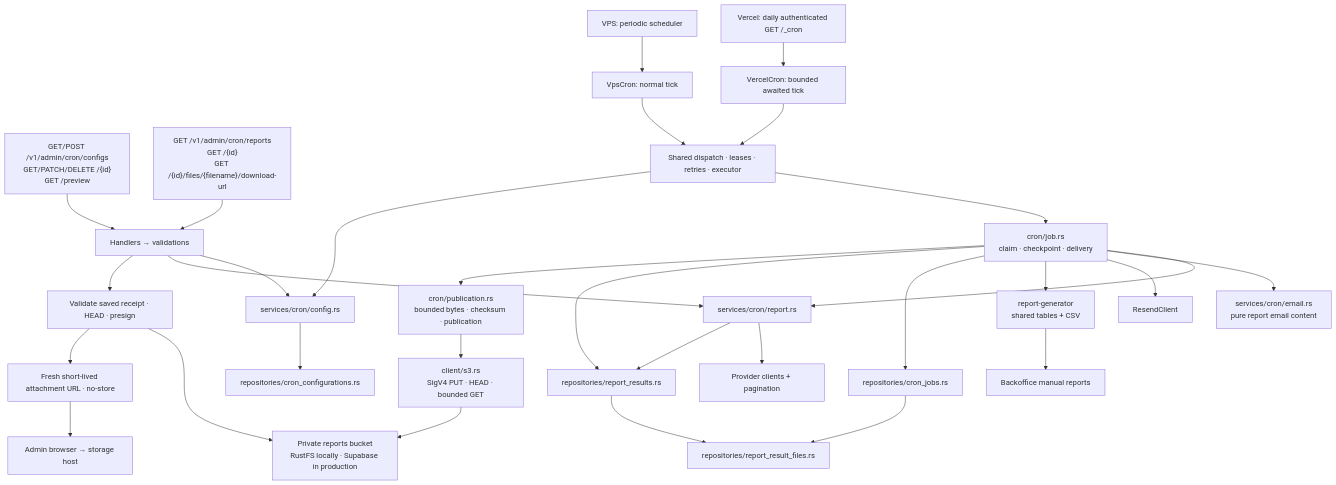
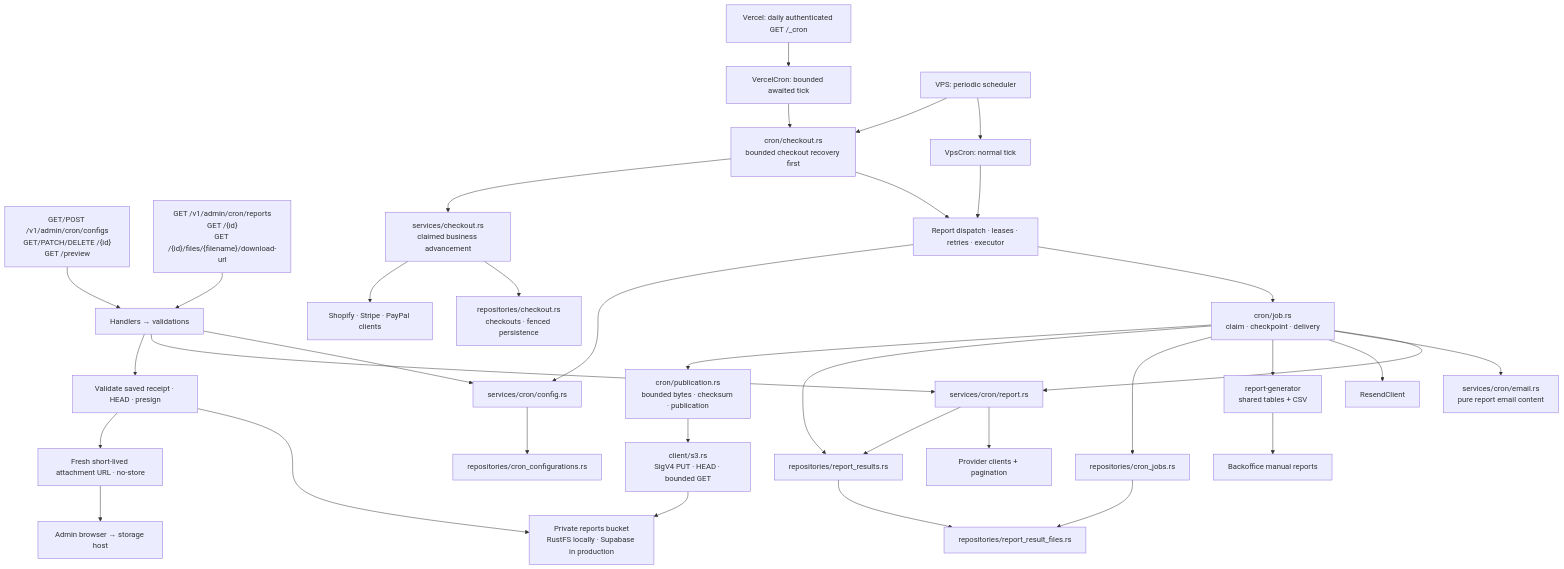
One commit to enzumeii/monolith changed the first of 4 diagrams in docs/cron.md. Above: the diagram before and after it, drawn with Mermaid. The commit also changed other lines of this file and 153 other files, not shown here.

````diff
--- a/docs/cron.md
+++ b/docs/cron.md
@@ -5,32 +5,37 @@
 ```mermaid
 flowchart TD
   A["GET/POST /v1/admin/cron/configs<br/>GET/PATCH/DELETE /{id}<br/>GET /preview"] --> H["Handlers → validations"]
   B["GET /v1/admin/cron/reports<br/>GET /{id}<br/>GET /{id}/files/{filename}/download-url"] --> H
   H --> C["services/cron/config.rs"]
   H --> R["services/cron/report.rs"]
   TRIGGER["Vercel: daily authenticated GET /_cron"] --> VERCEL["VercelCron: bounded awaited tick"]
   VPS["VPS: periodic scheduler"] --> VPSCRON["VpsCron: normal tick"]
-  VERCEL --> W["Shared dispatch · leases · retries · executor"]
+  VERCEL --> REC["cron/checkout.rs<br/>bounded checkout recovery first"]
+  REC --> W["Report dispatch · leases · retries · executor"]
+  VPS --> REC
+  REC --> CHECKOUT["services/checkout.rs<br/>claimed business advancement"]
+  CHECKOUT --> CHECKOUTDB["repositories/checkout.rs<br/>checkouts · fenced persistence"]
+  CHECKOUT --> PAYMENTS["Shopify · Stripe · PayPal clients"]
   VPSCRON --> W
   W --> J["cron/job.rs<br/>claim · checkpoint · delivery"]
   W --> C
   J --> R
   J --> E["services/cron/email.rs<br/>pure report email content"]
   J --> RC["ResendClient"]
   R --> P["Provider clients + pagination"]
   J --> G["report-generator<br/>shared tables + CSV"]
   G --> UI["Backoffice manual reports"]
   C --> CR["repositories/cron_configurations.rs"]
   J --> JR["repositories/cron_jobs.rs"]
   J --> AR["repositories/report_results.rs"]
   R --> AR
   JR --> FR["repositories/report_result_files.rs"]
   AR --> FR
   J --> S["cron/publication.rs<br/>bounded bytes · checksum · publication"]
   S --> LB["client/s3.rs<br/>SigV4 PUT · HEAD · bounded GET"]
   LB --> V["Private reports bucket<br/>RustFS locally · Supabase in production"]
   H --> SIGN["Validate saved receipt · HEAD · presign"]
   SIGN --> V
   SIGN --> U["Fresh short-lived attachment URL · no-store"]
   U --> Browser["Admin browser → storage host"]
 ```
````
